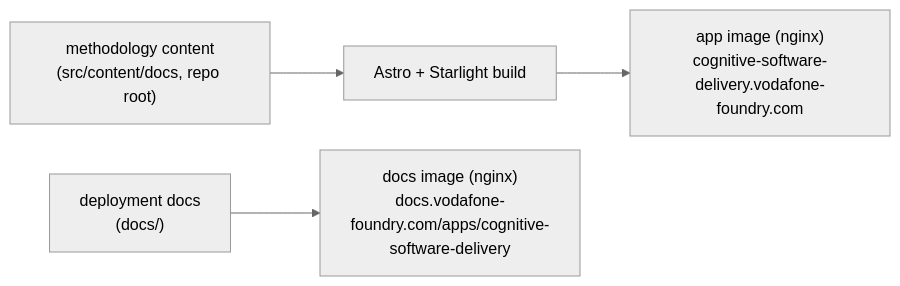
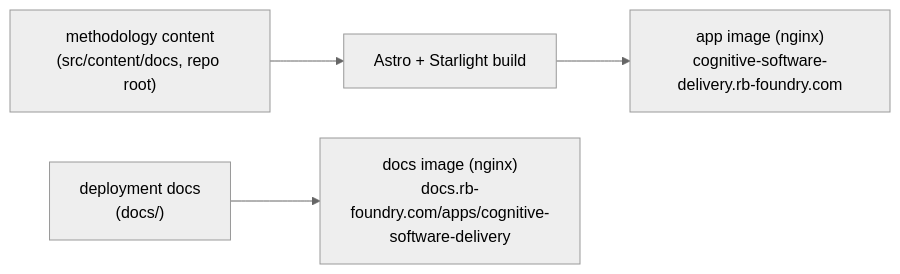
Before and after one commit to foundryRB/rb-csd: the diagram in docs/src/content/docs/index.md, drawn with Mermaid (neutral theme). The commit also changed other lines of this file and 29 other files, not shown here.

First line of the commit message:
refactor: rebrand the cognitive software delivery site to RB

````diff
--- a/docs/src/content/docs/index.md
+++ b/docs/src/content/docs/index.md
@@ -17,6 +17,6 @@
 ```mermaid
 flowchart LR
     content["methodology content<br/>(src/content/docs, repo root)"] --> build["Astro + Starlight build"]
-    build --> app["app image (nginx)<br/>cognitive-software-delivery.vodafone-foundry.com"]
-    docs["deployment docs<br/>(docs/)"] --> docsimg["docs image (nginx)<br/>docs.vodafone-foundry.com/apps/cognitive-software-delivery"]
+    build --> app["app image (nginx)<br/>cognitive-software-delivery.rb-foundry.com"]
+    docs["deployment docs<br/>(docs/)"] --> docsimg["docs image (nginx)<br/>docs.rb-foundry.com/apps/cognitive-software-delivery"]
 ```
````
